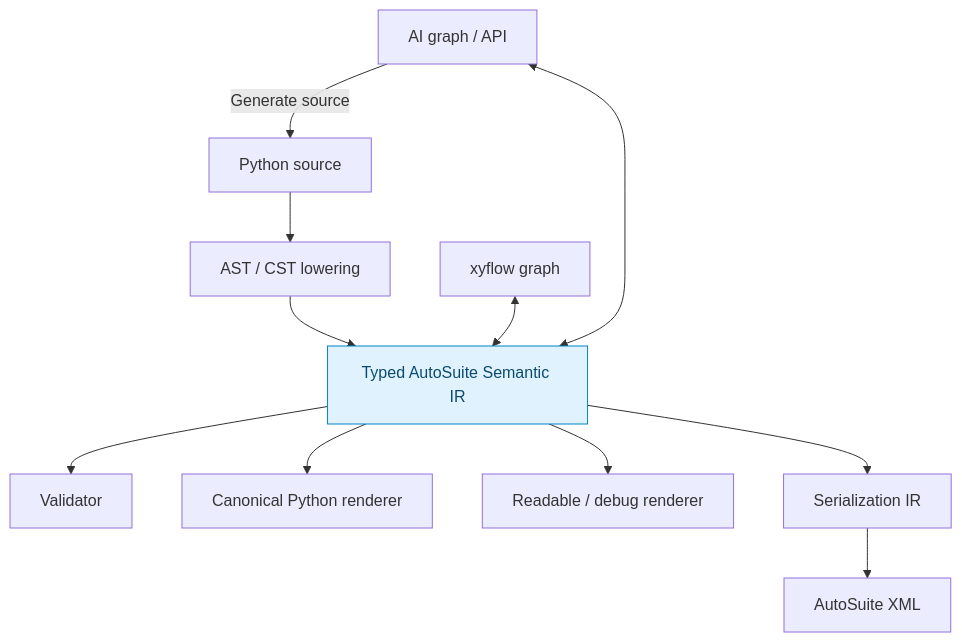
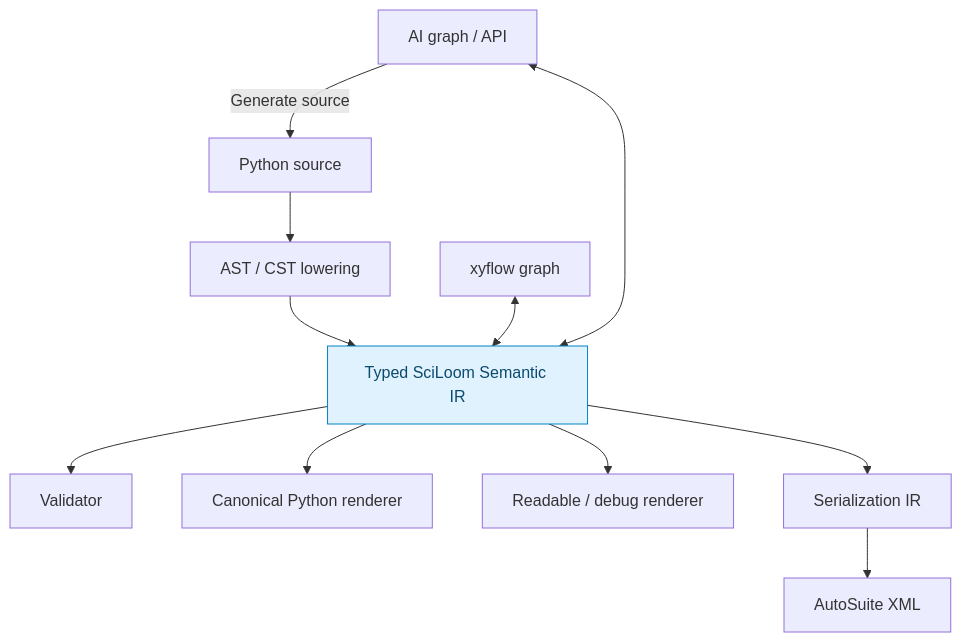
One commit to TsumiNa/sciloom changed the diagram in docs/03_REPRESENTATION_LAYER_REDESIGN.md. Above: the diagram before and after it, drawn with Mermaid. The commit also changed 34 other files, not shown here.

First line of the commit message:
Define independently executable SciLoom IR semantics (#7)

````diff
--- a/docs/03_REPRESENTATION_LAYER_REDESIGN.md
+++ b/docs/03_REPRESENTATION_LAYER_REDESIGN.md
@@ -11,15 +11,15 @@
 ```mermaid
 flowchart TB
     Python["Python source"] --> AST["AST / CST lowering"]
-    AST --> IR["Typed AutoSuite Semantic IR"]
+    AST --> IR["Typed SciLoom Semantic IR"]
     GUI["xyflow graph"] <--> IR
     AI["AI graph / API"] <--> IR
     AI -->|"Generate source"| Python
     IR --> Validator["Validator"]
     IR --> Canonical["Canonical Python renderer"]
     IR --> Debug["Readable / debug renderer"]
     IR --> SIR["Serialization IR"]
     SIR --> XML["AutoSuite XML"]
     classDef core fill:#e0f2fe,stroke:#0284c7,color:#0c4a6e;
     class IR core;
 ```
````
